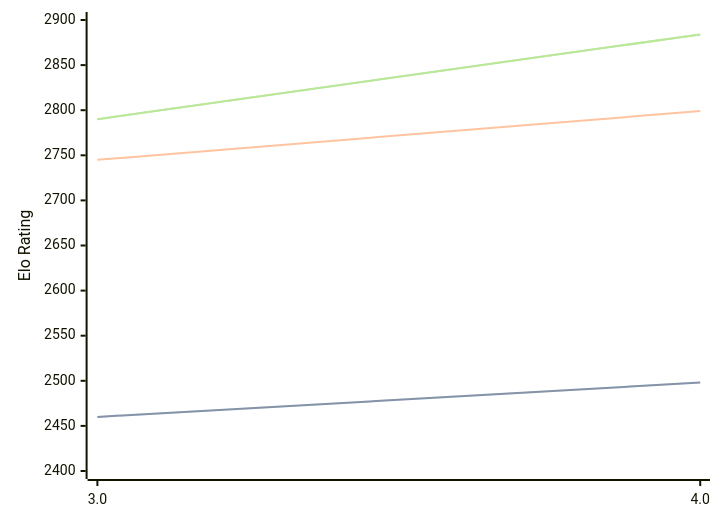
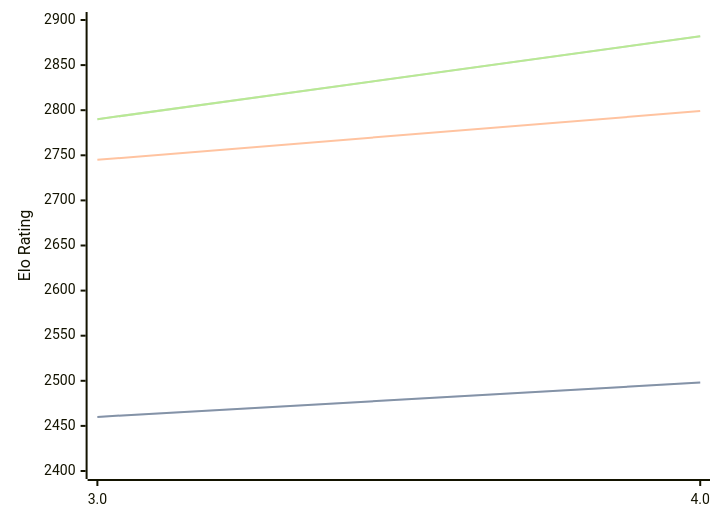
Before and after one commit to computer-chess-index/cci: the diagram in engines/Chess3.md, drawn with Mermaid. The commit also changed other lines of this file, not shown here.

Commit message:
Update CCI Ratings (ELO VLTC) - 2026-08-02

````diff
--- a/engines/Chess3.md
+++ b/engines/Chess3.md
@@ -34,11 +34,11 @@
 ```mermaid
 %%{init: {"theme":"base","themeVariables":{"seriesColors:['#a3a3a3','#222221','#faa371']}}}%%
 xychart-beta
   x-axis ["3.0", "4.0"]
   y-axis "Elo Rating" 2400 --> 2900
   line "STC (8.0+0.08s)" [2460, 2498]
   line "STC (8.0+0.08s)" [2460, 2498]
   line "LTC (60.0+0.60s)" [2745, 2799]
-  line "VLTC (2m24s+1.12s)" [2790, 2884]
-  line "VLTC (2m24s+1.12s)" [2790, 2884]
+  line "VLTC (2m24s+1.12s)" [2790, 2882]
+  line "VLTC (2m24s+1.12s)" [2790, 2882]
 ```
````
